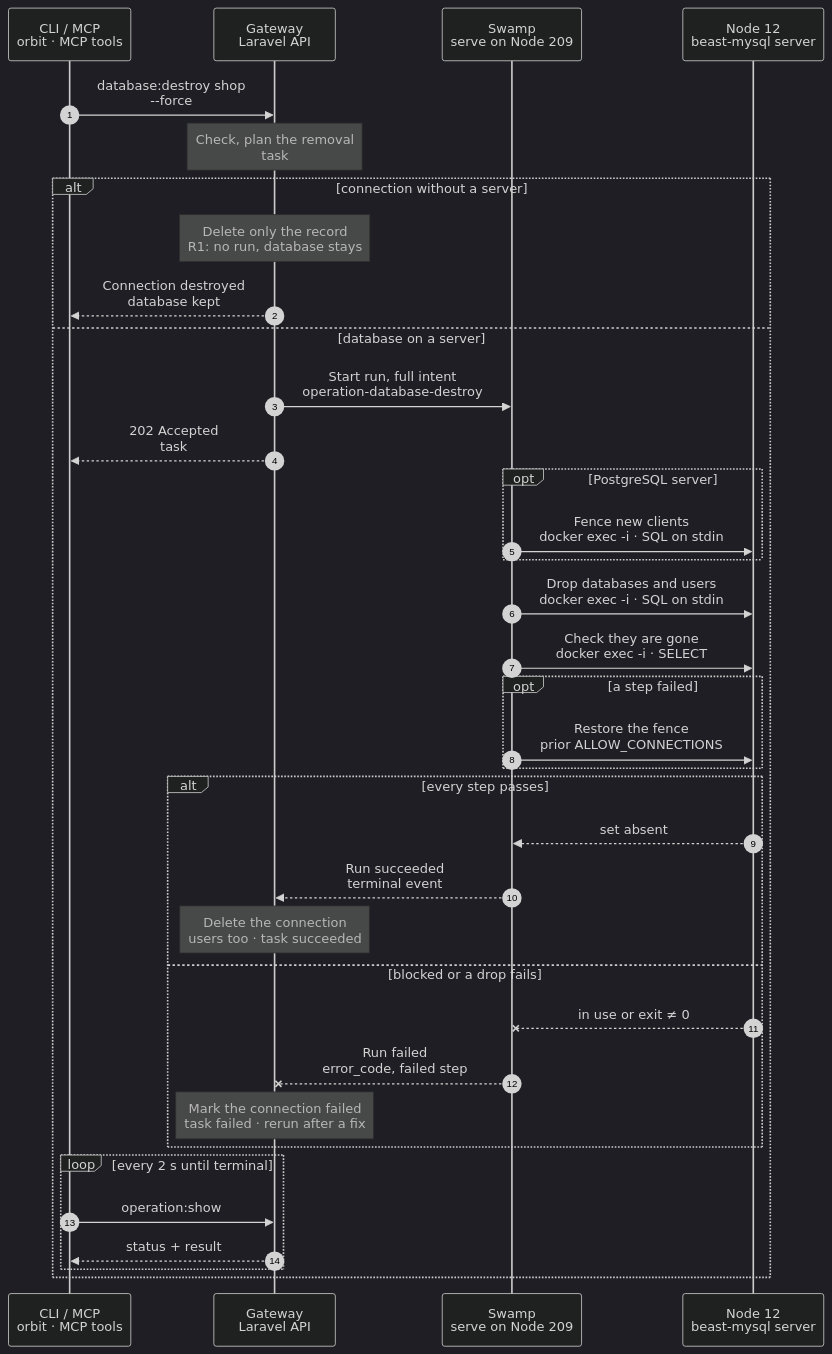
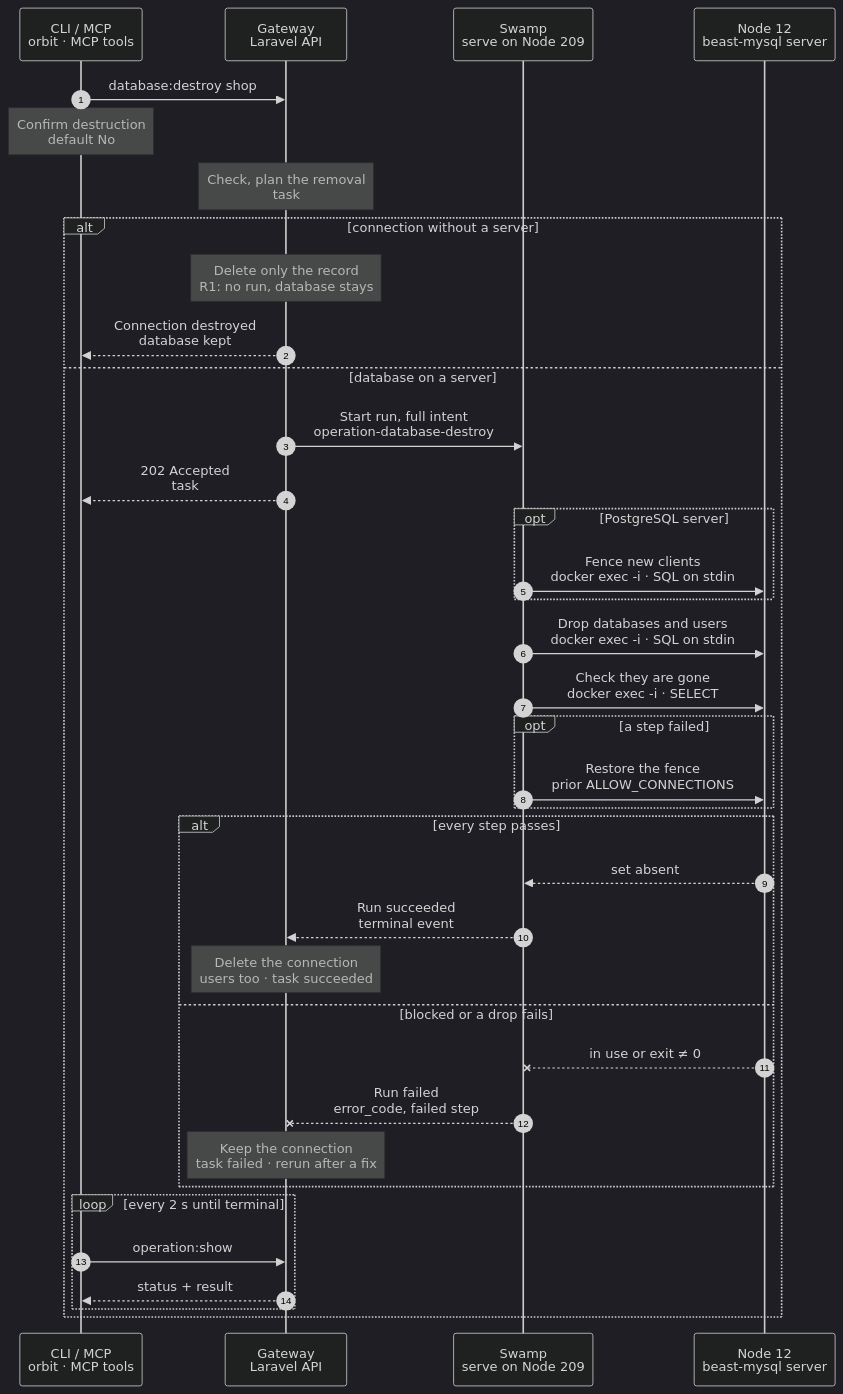
One commit to hardimpactdev/orbit changed the diagram in docs/cli/database/destroy.mmd. Above: the diagram before and after it, drawn with Mermaid (dark theme). The commit also changed 10 other files, not shown here.

First line of the commit message:
docs(database): charts draw the required-parameter path first (flow rule 23) (#2474)

```diff
--- a/docs/cli/database/destroy.mmd
+++ b/docs/cli/database/destroy.mmd
@@ -1,136 +1,140 @@
 sequenceDiagram
   %% Target design: ADR 0244 task, DECISIONS R1-R4, 5 (swamp role SSH identity), round 2 bugs (server admin password by its own vault key, cleanup on pass or fail). docs/reference/database-servers.md#remove-a-database.
   %% Tightened: flow-tighten 2026-11-02, rules 6, 16, 19, 22 (no copied scripts or cleanup, no ownership read, blocker check and drops in one SQL batch on stdin).
   %% status: draft
   %% command: database:destroy
   %% kind: database.destroy
   autonumber
   %% lane CLI icon=terminal pill=caller tone=gray
   %% lane GW icon=gateway pill=intent tone=blue
   %% lane SW icon=workflow pill=executes tone=green
   %% lane N icon=server pill=target tone=amber
   participant CLI as CLI / MCP<br/>orbit · MCP tools
   participant GW as Gateway<br/>Laravel API
   participant SW as Swamp<br/>serve on Node 209
   participant N as Node 12<br/>beast-mysql server
-  CLI->>GW: database:destroy shop<br/>--force
+  CLI->>GW: database:destroy shop
   %%> Command:
   %%> - `orbit database:destroy shop --force`
-  %%> - syntax: `<slug> [--force] [--idempotency-key=KEY]`
+  %%> - syntax: `<slug> [--force] [--idempotency-key=KEY] [--json]`
   %%> Input:
   %%> - the connection slug, as `database:list` shows it
   %%> Confirmation:
   %%> - without `--force`, the CLI asks first; the default is No
   %%> - with `--json` or without a terminal, `--force` is required (`database.confirmation_required`)
+  Note over CLI: Confirm destruction<br/>default No
+  %%> What it does:
+  %%> - ask on a terminal before sending the request; decline cancels
   Note over GW: Check, plan the removal<br/>task #5124 · lock beast-mysql
   %%> Requirements:
   %%> - your Node has an access grant to Node 12
   %%> - no Instance attaches `shop` (`database.connection_attached`); detach with `instance:database:remove` first
   %%> - AI router setup and Analytics do not use it
   %%> - no database creation or other removal runs on `beast-mysql`; the Gateway holds one lock per Database server
   %%> Plans:
-  %%> - the databases: `shop`, its test database and, on PostgreSQL, the recorded test pool
+  %%> - the databases: `shop`, its test database and the recorded test pool on MySQL or PostgreSQL
   %%> - the users Orbit created for `shop` that no other connection on the server uses
   %%> - system databases such as `mysql` or `postgres` are refused before any run
   %%> Decides:
   %%> - whether only the record goes, or the database must leave the server
   alt connection without a server
     Note over GW: Delete only the record<br/>R1: no run, database stays
     %%> When:
-    %%> - a registered external database or SQLite file, or a Valkey connection that logs in as `default`
+    %%> - a registered external database or SQLite file
     %%> Result:
     %%> - connection `shop` is deleted
     %%> - the database itself stays where it is; Orbit never created it
     %%> - no Swamp run starts (R1)
     GW-->>CLI: Connection destroyed<br/>database kept
     %%> What you get:
     %%> - the final result at once; there is nothing to follow
   else database on a server
     GW->>SW: Start run, full intent<br/>operation-database-destroy
     %%> What it does:
     %%> - starts one Swamp run on serve (Node 209)
     %%> Inputs:
     %%> - the planned databases (with the recorded test database and pool) and unshared users
     %%> - four vault key names, one per batch (`database-destroy-5124-fence`, `-drop`, `-gone`, `-restore`); each value is the admin password line and its statements, so the password never enters the intent
     %%> - Node 12's address and SSH host keys; the SSH identity comes from the `swamp` role
     GW-->>CLI: 202 Accepted<br/>task #5124
     %%> What you get:
     %%> - the task number, at once
     %%> Next:
     %%> - the CLI follows the task with `operation:show`
     opt PostgreSQL server
       SW->>N: Fence new clients<br/>docker exec -i · SQL on stdin
       %%> How:
       %%> - Swamp reaches Node 12 over SSH from 209 with the official `@swamp/ssh` behavior; nothing is copied to the Node
       %%> - one `docker exec -i` into the server container, the admin password as the first stdin line, then the statements
       %%> What it does:
       %%> - stops new clients from connecting to every planned database
       %%> - journals each database's prior value in `orbit_admin.database_removal_fences`, in the same transaction
       %%> Not included:
       %%> - existing clients stay connected; Orbit never force-disconnects them
     end
     SW->>N: Drop databases and users<br/>docker exec -i · SQL on stdin
     %%> What it does:
     %%> - one statement batch on stdin: first the blocker query, then each planned database, then each planned user that no other connection on `beast-mysql` uses
     %%> - a missing database or user counts as removed
     %%> Blocks:
     %%> - PostgreSQL: sessions, replication slots, prepared transactions, subscriptions, outside dependencies of a removed role
     %%> - MySQL: connected clients, metadata locks, outside definers, cross-schema foreign keys
     %%> - any blocker ends the batch with `database.in_use` before the first drop
     %%> Per driver:
     %%> - admin login: the admin password as the first stdin line, from the vault, read inside the container
     %%> - Valkey: no database; `ACL DELUSER`, then `ACL SAVE`; the user's keys stay
+    %%> - Valkey default login: the removal plan excludes `default`; its credentials and keys stay
     %%> Not included:
     %%> - no ownership read first: the plan comes from the Gateway's records
     SW->>N: Check they are gone<br/>docker exec -i · SELECT
     %%> What it does:
     %%> - checks that no planned database or user is left on the server; the check fails the run while one remains
     %%> Why:
     %%> - the removal only counts when the server shows it; this is the one end check, and a parent run such as `instance:destroy` sees a refusal too
     opt a step failed
       SW->>N: Restore the fence<br/>prior ALLOW_CONNECTIONS
       %%> When:
       %%> - only after a failed step on a fenced PostgreSQL server: a step with `dependsOn` and the condition `failed`
       %%> What it does:
       %%> - gives each surviving database its exact prior value from the journal
       %%> If it fails:
       %%> - the journal stays; the next `database:destroy` restores or finishes
     end
     alt every step passes
       N-->>SW: set absent
       %%> Returns:
       %%> - the check passed for every database and user
       SW-->>GW: Run succeeded<br/>terminal event
       %%> How the Gateway learns it:
       %%> - its shared run reader sees the terminal event; Swamp never calls the Gateway
       Note over GW: Delete the connection<br/>users too · task succeeded
       %%> Result:
       %%> - connection `shop` and its recorded users are deleted
       %%> - task #5124 succeeds
     else blocked or a drop fails
       N--xSW: in use or exit ≠ 0
       %%> When:
       %%> - a blocker, an ownership refusal, a failed drop, or a lost SSH connection
       SW--xGW: Run failed<br/>error_code, failed step
       %%> The Gateway reads:
       %%> - which step failed and its error code, for example `database.in_use`
-      Note over GW: Mark the connection failed<br/>task failed · rerun after a fix
+      Note over GW: Keep the connection<br/>task failed · rerun after a fix
       %%> Result:
-      %%> - connection `shop` stays, marked failed, with its users and attachments
+      %%> - connection `shop` stays with its users and attachments; the task records the failure
       %%> - task #5124 fails
       %%> On the Node:
       %%> - after a blocker, nothing was dropped
       %%> - after a failed drop, the dropped objects stay gone; there is no rollback
       %%> Retry:
       %%> - stop the clients or remove the blockers, then run the same command again
       %%> - a rerun repeats the checks and counts missing objects as removed
     end
     loop every 2 s until terminal
       CLI->>GW: operation:show #5124
       %%> What it does:
       %%> - asks for the task's status every 2 seconds until it has ended
       GW-->>CLI: status + result
       %%> Returns:
       %%> - the current status, and the result once the task has ended
     end
   end
```
